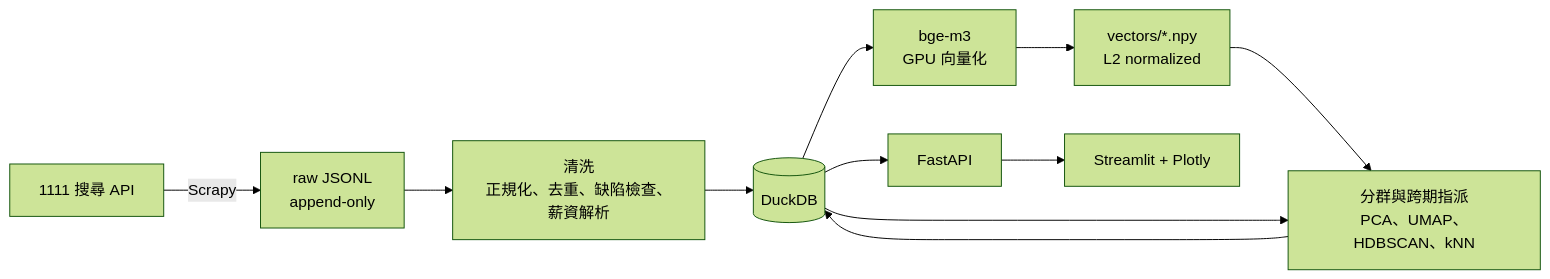
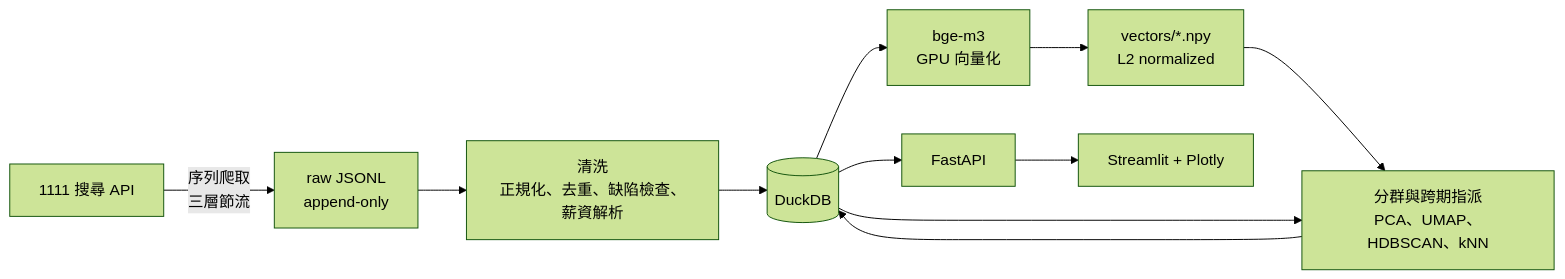
One commit to haoagentuse-glitch/job-market-transition-tracker changed the diagram in README.md. Above: the diagram before and after it, drawn with Mermaid (forest theme). The commit also changed other lines of this file and 7 other files, not shown here.

````diff
--- a/README.md
+++ b/README.md
@@ -39,13 +39,13 @@
 ```mermaid
 flowchart LR
-    A["1111 搜尋 API"] -->|Scrapy| B["raw JSONL<br/>append-only"]
+    A["1111 搜尋 API"] -->|序列爬取<br/>三層節流| B["raw JSONL<br/>append-only"]
     B --> C["清洗<br/>正規化、去重、缺陷檢查、薪資解析"]
     C --> D[("DuckDB")]
     D --> E["bge-m3<br/>GPU 向量化"]
     E --> F["vectors/*.npy<br/>L2 normalized"]
     F --> G["分群與跨期指派<br/>PCA、UMAP、HDBSCAN、kNN"]
     D --> G
     G --> D
     D --> H["FastAPI"]
     H --> I["Streamlit + Plotly"]
 ```
````
